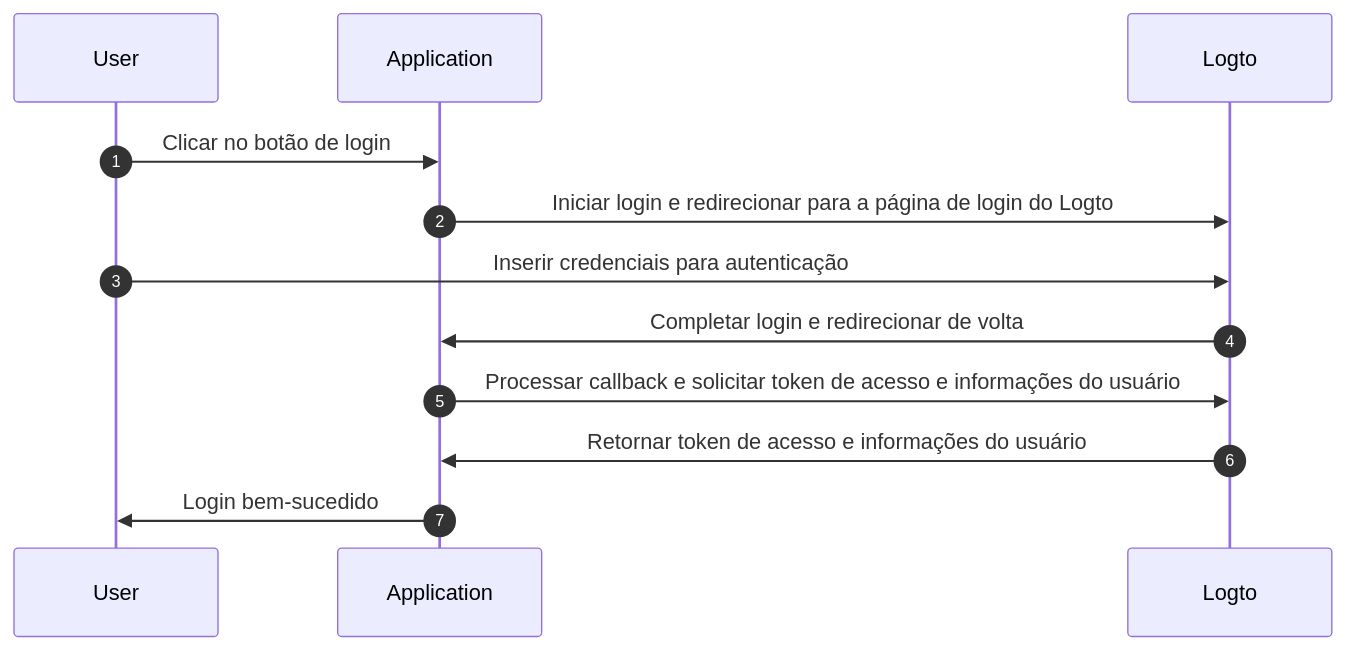
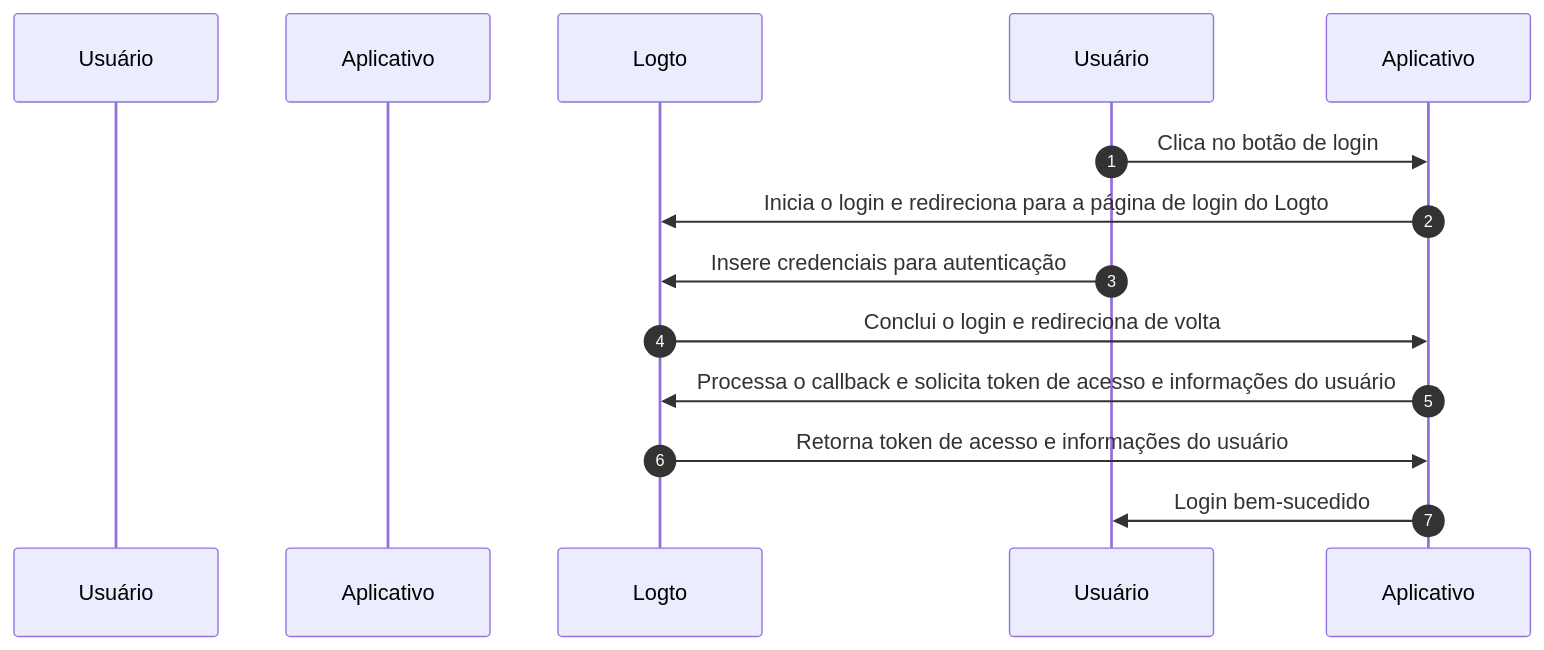
Before and after one commit to logto-io/docs: the first of 4 diagrams in i18n/pt-BR/docusaurus-plugin-content-docs/current/integrate-logto/integrate-logto-into-your-application/understand-authentication-flow.mdx, drawn with Mermaid. The commit also changed other lines of this file and 44 other files, not shown here.

````diff
--- a/i18n/pt-BR/docusaurus-plugin-content-docs/current/integrate-logto/integrate-logto-into-your-application/understand-authentication-flow.mdx
+++ b/i18n/pt-BR/docusaurus-plugin-content-docs/current/integrate-logto/integrate-logto-into-your-application/understand-authentication-flow.mdx
@@ -14,15 +14,15 @@
 ```mermaid
 sequenceDiagram
     autonumber
-    participant User
-    participant Application
+    participant User as Usuário
+    participant Application as Aplicativo
     participant Logto
 
-    User->>Application: Clicar no botão de login
-    Application->>Logto: Iniciar login e redirecionar para a página de login do Logto
-    User->>Logto: Inserir credenciais para autenticação
-    Logto->>Application: Completar login e redirecionar de volta
-    Application->>Logto: Processar callback e solicitar token de acesso e informações do usuário
-    Logto->>Application: Retornar token de acesso e informações do usuário
-    Application->>User: Login bem-sucedido
+    Usuário->>Aplicativo: Clica no botão de login
+    Aplicativo->>Logto: Inicia o login e redireciona para a página de login do Logto
+    Usuário->>Logto: Insere credenciais para autenticação
+    Logto->>Aplicativo: Conclui o login e redireciona de volta
+    Aplicativo->>Logto: Processa o callback e solicita token de acesso e informações do usuário
+    Logto->>Aplicativo: Retorna token de acesso e informações do usuário
+    Aplicativo->>Usuário: Login bem-sucedido
 ```
````
